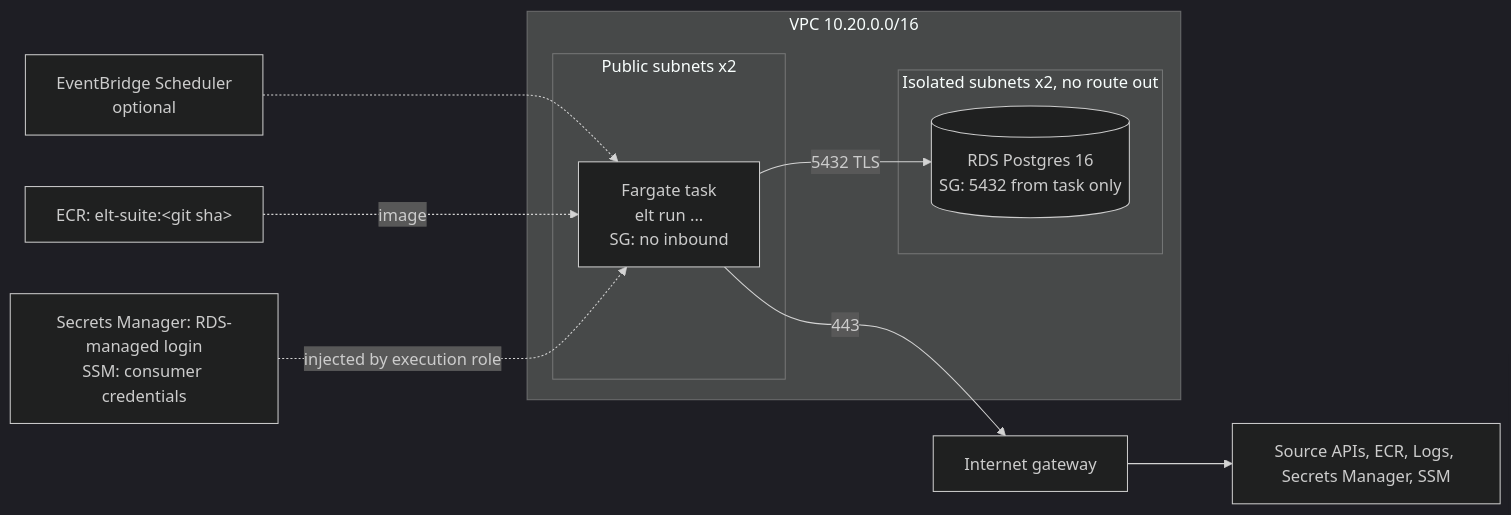
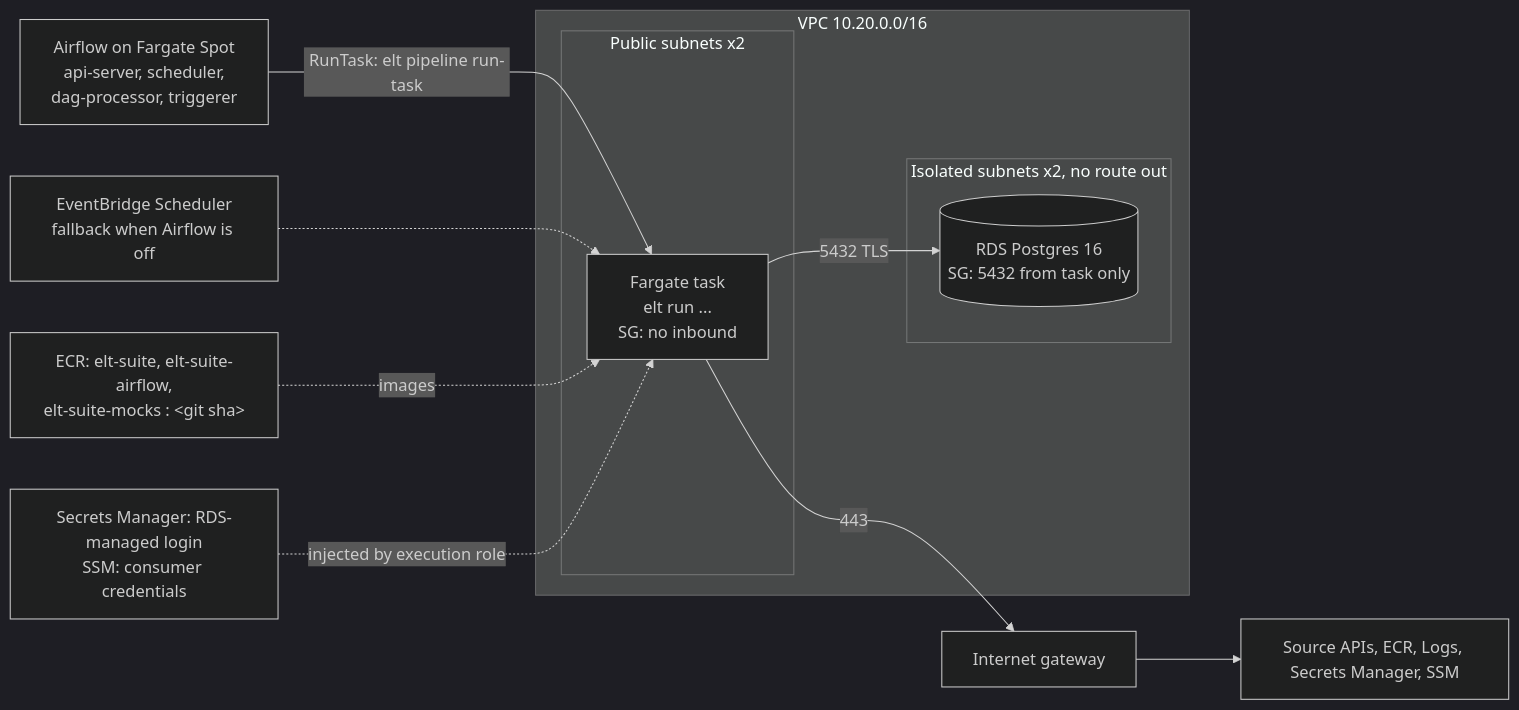
Before and after one commit to jpsalter000/elt-suite: the third of 3 diagrams in README.md, drawn with Mermaid (dark theme). The commit also changed other lines of this file and 5 other files, not shown here.

````diff
--- a/README.md
+++ b/README.md
@@ -222,16 +259,17 @@
 ```mermaid
 flowchart LR
     subgraph vpc[VPC 10.20.0.0/16]
         subgraph pub[Public subnets x2]
             task[Fargate task<br/>elt run ...<br/>SG: no inbound]
         end
         subgraph iso[Isolated subnets x2, no route out]
             rds[(RDS Postgres 16<br/>SG: 5432 from task only)]
         end
     end
     task -- 5432 TLS --> rds
     task -- 443 --> igw[Internet gateway] --> apis[Source APIs, ECR, Logs, Secrets Manager, SSM]
-    sched[EventBridge Scheduler<br/>optional] -.-> task
-    ecr[ECR: elt-suite:&lt;git sha&gt;] -.image.-> task
+    airflow[Airflow on Fargate Spot<br/>api-server, scheduler,<br/>dag-processor, triggerer] -- "RunTask: elt pipeline run-task" --> task
+    sched[EventBridge Scheduler<br/>fallback when Airflow is off] -.-> task
+    ecr[ECR: elt-suite, elt-suite-airflow,<br/>elt-suite-mocks : &lt;git sha&gt;] -.images.-> task
     sm[Secrets Manager: RDS-managed login<br/>SSM: consumer credentials] -.injected by execution role.-> task
 ```
````
